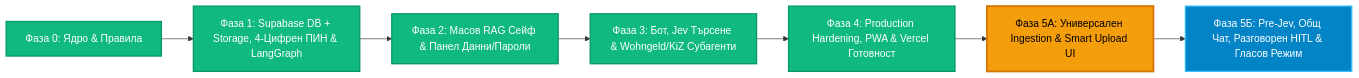
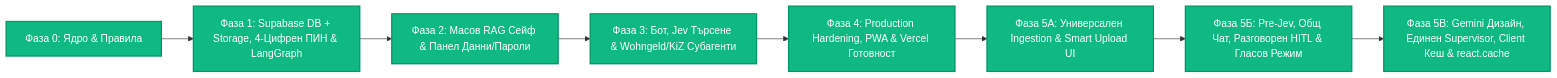
One commit to Krasimir-Hristov/KRONOS changed the diagram in ROADMAP.md. Above: the diagram before and after it, drawn with Mermaid. The commit also changed other lines of this file, not shown here.

Commit message:
docs: update project roadmap with Phase 5

````diff
--- a/ROADMAP.md
+++ b/ROADMAP.md
@@ -9,17 +9,19 @@
 ```mermaid
 flowchart LR
     P0["Фаза 0: Ядро & Правила"] --> P1["Фаза 1: Supabase DB + Storage, 4-Цифрен ПИН & LangGraph"]
     P1 --> P2["Фаза 2: Масов RAG Сейф & Панел Данни/Пароли"]
     P2 --> P3["Фаза 3: Бот, Jev Търсене & Wohngeld/KiZ Субагенти"]
     P3 --> P4["Фаза 4: Production Hardening, PWA & Vercel Готовност"]
     P4 --> P5A["Фаза 5А: Универсален Ingestion & Smart Upload UI"]
     P5A --> P5B["Фаза 5Б: Pre-Jev, Общ Чат, Разговорен HITL & Гласов Режим"]
+    P5B --> P5C["Фаза 5В: Gemini Дизайн, Единен Supervisor, Client Кеш & react.cache"]
 
     style P0 fill:#10b981,stroke:#059669,stroke-width:2px,color:#ffffff
     style P1 fill:#10b981,stroke:#059669,stroke-width:2px,color:#ffffff
     style P2 fill:#10b981,stroke:#059669,stroke-width:2px,color:#ffffff
     style P3 fill:#10b981,stroke:#059669,stroke-width:2px,color:#ffffff
     style P4 fill:#10b981,stroke:#059669,stroke-width:2px,color:#ffffff
-    style P5A fill:#f59e0b,stroke:#d97706,stroke-width:3px,color:#000000
-    style P5B fill:#0284c7,stroke:#38bdf8,stroke-width:2px,color:#ffffff
+    style P5A fill:#10b981,stroke:#059669,stroke-width:2px,color:#ffffff
+    style P5B fill:#10b981,stroke:#059669,stroke-width:2px,color:#ffffff
+    style P5C fill:#10b981,stroke:#059669,stroke-width:2px,color:#ffffff
 ```
````
